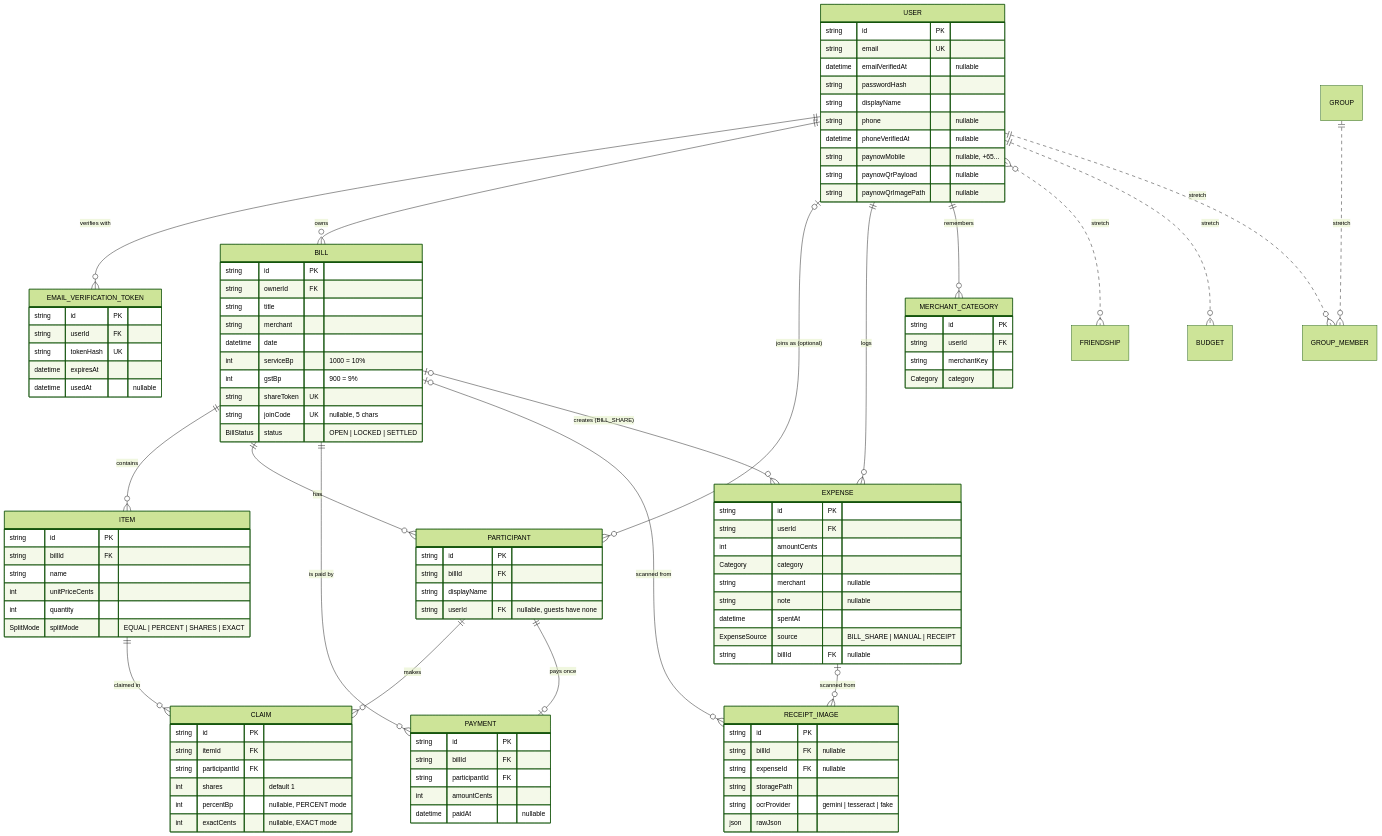
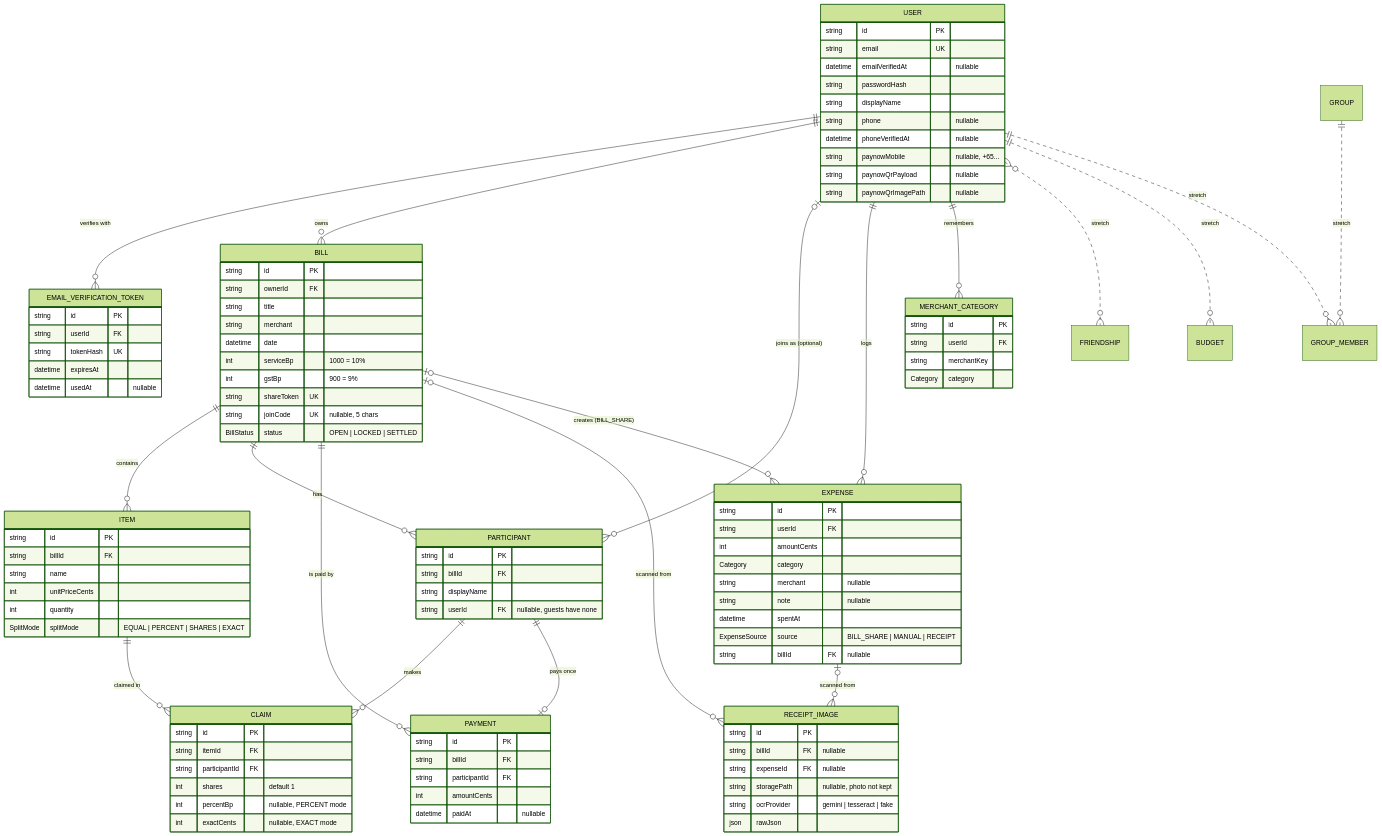
The diagram in docs/data-model.md (cheewei0123/ay2626s2-cicdp-ChongCheeWei), drawn with Mermaid (forest theme) before and after one commit. The commit also changed 32 other files, not shown here.

```diff
--- a/docs/data-model.md
+++ b/docs/data-model.md
@@ -94,7 +94,7 @@
         string id PK
         string billId FK "nullable"
         string expenseId FK "nullable"
-        string storagePath
+        string storagePath "nullable, photo not kept"
         string ocrProvider "gemini | tesseract | fake"
         json rawJson
     }
```
